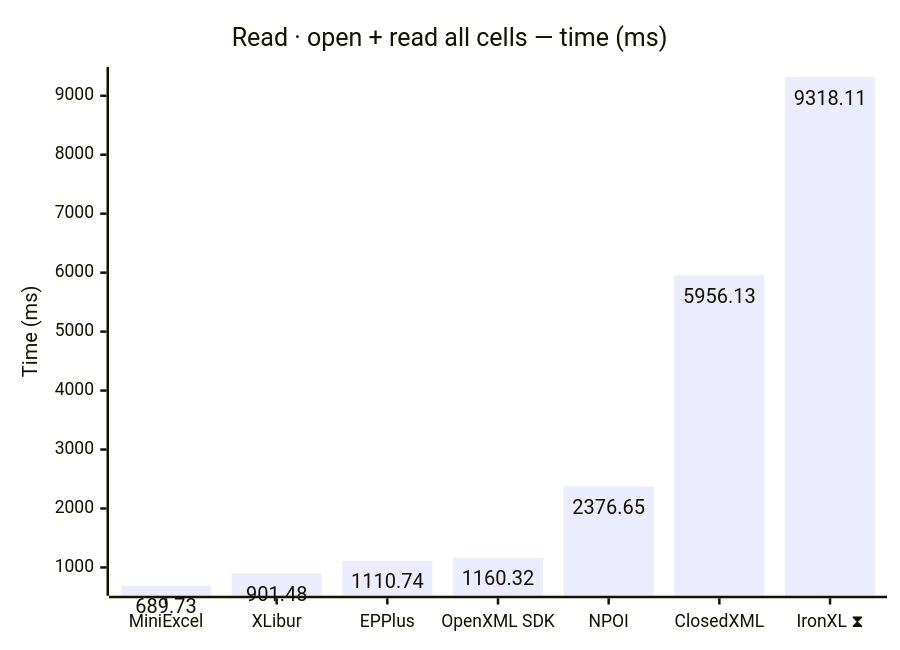
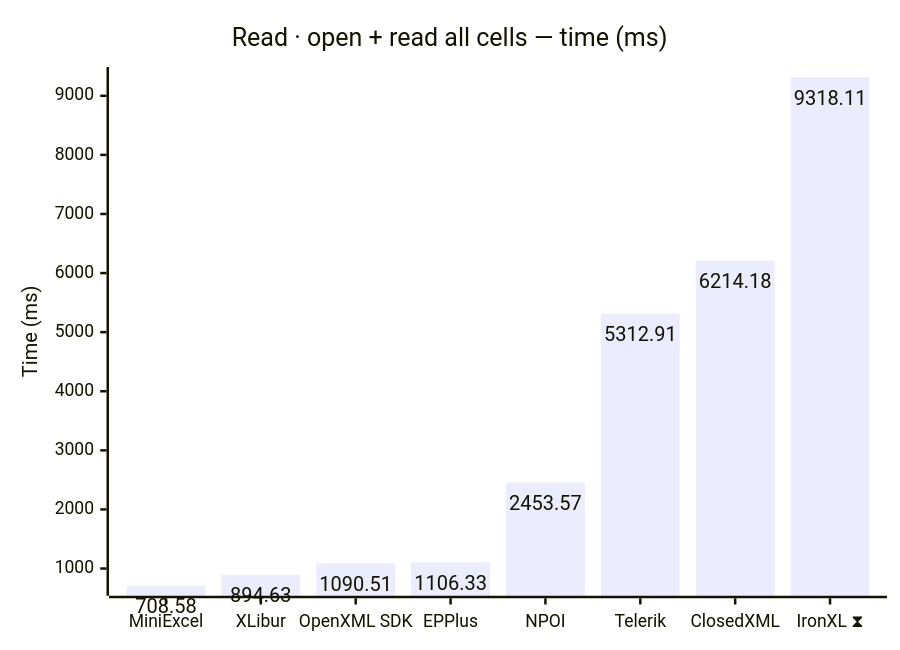
Before and after one commit to jafin/XLBench: the third of 12 diagrams in docs/results.md, drawn with Mermaid. The commit also changed other lines of this file and 3 other files, not shown here.

````diff
--- a/docs/results.md
+++ b/docs/results.md
@@ -65,12 +66,12 @@
 ```mermaid
 ---
 config:
   xyChart:
     showDataLabel: true
 ---
 xychart-beta
     title "Read · open + read all cells — time (ms)"
-    x-axis ["MiniExcel", "XLibur", "EPPlus", "OpenXML SDK", "NPOI", "ClosedXML", "IronXL ⧗"]
+    x-axis ["MiniExcel", "XLibur", "OpenXML SDK", "EPPlus", "NPOI", "Telerik", "ClosedXML", "IronXL ⧗"]
     y-axis "Time (ms)"
-    bar [689.73, 901.48, 1110.74, 1160.32, 2376.65, 5956.13, 9318.11]
+    bar [708.58, 894.63, 1090.51, 1106.33, 2453.57, 5312.91, 6214.18, 9318.11]
 ```
````
